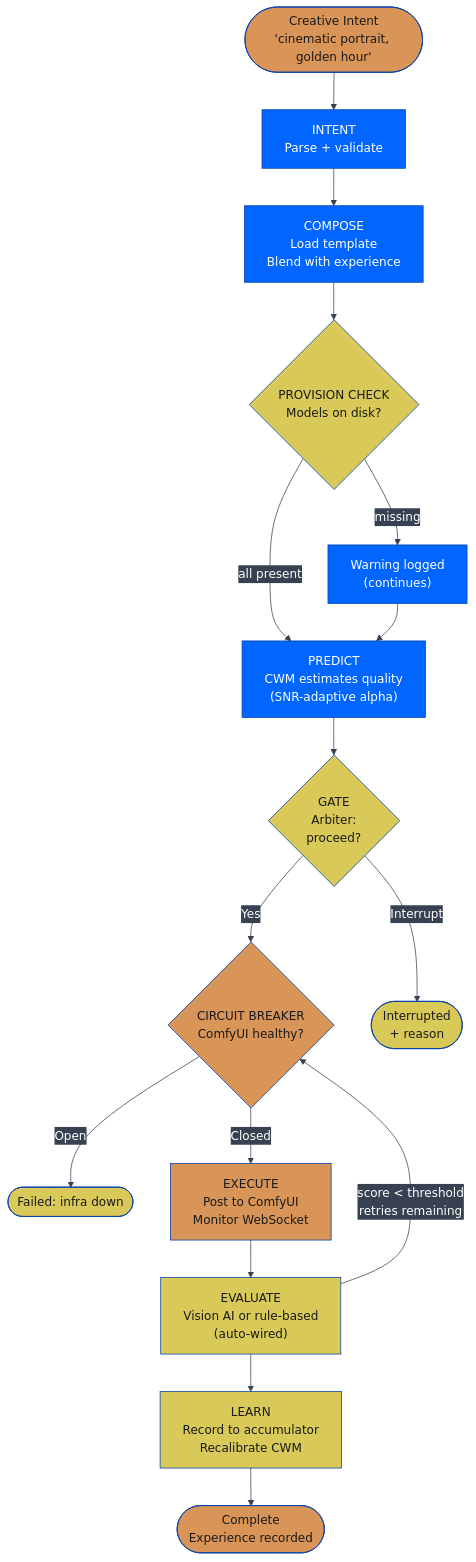
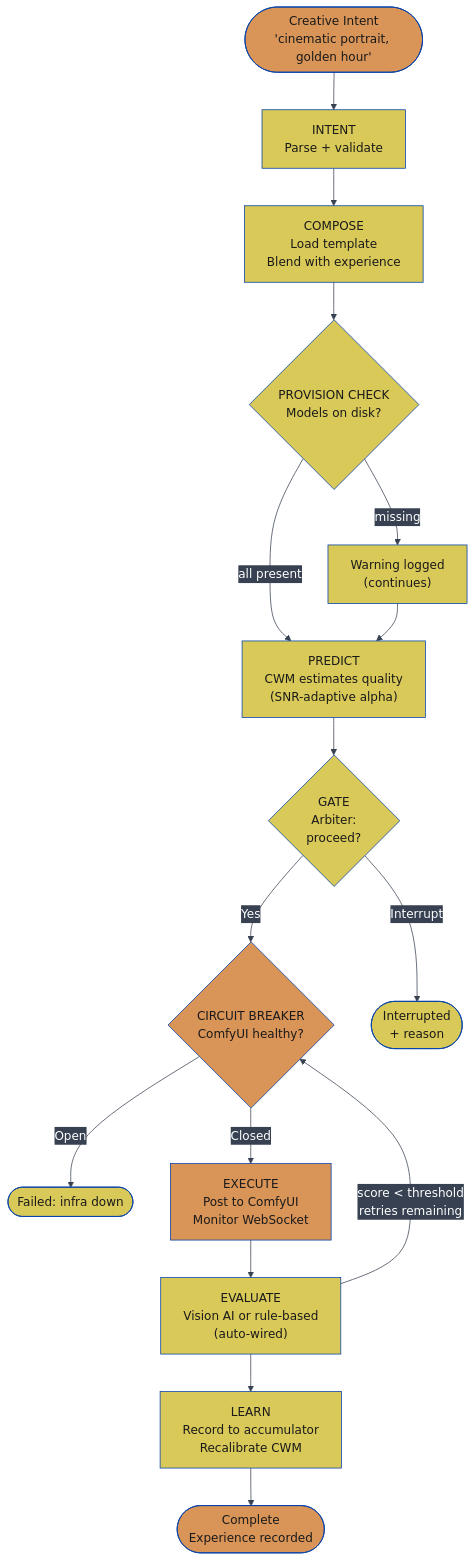
One commit to JosephOIbrahim/Comfy-Cozy changed the tenth of 27 diagrams in README.md. Above: the diagram before and after it, drawn with Mermaid. The commit also changed other lines of this file, not shown here.

First line of the commit message:
[DOCS] Normalize mermaid palette: force two-tone orange/yellow with black text

````diff
--- a/README.md
+++ b/README.md
@@ -595,30 +613,34 @@
 ```mermaid
 %%{init: {'theme':'base','themeVariables': {'primaryColor':'#0066FF','primaryTextColor':'#ffffff','primaryBorderColor':'#003eaa','lineColor':'#374151','secondaryColor':'#374151','tertiaryColor':'#1f2937','fontFamily':'monospace'}}}%%
 flowchart TD
     You(["Creative Intent<br/>'cinematic portrait, golden hour'"]) --> INTENT["INTENT<br/>Parse + validate"]
     INTENT --> COMPOSE["COMPOSE<br/>Load template<br/>Blend with experience"]
     COMPOSE --> PROVISION{"PROVISION CHECK<br/>Models on disk?"}
     PROVISION -->|"missing"| WARN["Warning logged<br/>(continues)"]
     PROVISION -->|"all present"| PREDICT
     WARN --> PREDICT["PREDICT<br/>CWM estimates quality<br/>(SNR-adaptive alpha)"]
     PREDICT --> GATE{"GATE<br/>Arbiter:<br/>proceed?"}
     GATE -->|Yes| CB{"CIRCUIT BREAKER<br/>ComfyUI healthy?"}
     GATE -->|Interrupt| STOP(["Interrupted<br/>+ reason"])
     CB -->|Open| FAIL(["Failed: infra down"])
     CB -->|Closed| EXECUTE["EXECUTE<br/>Post to ComfyUI<br/>Monitor WebSocket"]
     EXECUTE --> EVALUATE["EVALUATE<br/>Vision AI or rule-based<br/>(auto-wired)"]
     EVALUATE --> LEARN["LEARN<br/>Record to accumulator<br/>Recalibrate CWM"]
     LEARN --> DONE(["Complete<br/>Experience recorded"])
     EVALUATE -->|"score < threshold<br/>retries remaining"| CB
 
     style You fill:#d99458,color:#1a1a1a
     style GATE fill:#d9c958,color:#1a1a1a
     style CB fill:#d99458,color:#1a1a1a
     style EXECUTE fill:#d99458,color:#1a1a1a
     style EVALUATE fill:#d9c958,color:#1a1a1a
     style LEARN fill:#d9c958,color:#1a1a1a
     style DONE fill:#d99458,color:#1a1a1a
     style STOP fill:#d9c958,color:#1a1a1a
     style FAIL fill:#d9c958,color:#1a1a1a
     style PROVISION fill:#d9c958,color:#1a1a1a
+    style INTENT fill:#d9c958,color:#1a1a1a
+    style COMPOSE fill:#d9c958,color:#1a1a1a
+    style WARN fill:#d9c958,color:#1a1a1a
+    style PREDICT fill:#d9c958,color:#1a1a1a
 ```
````
